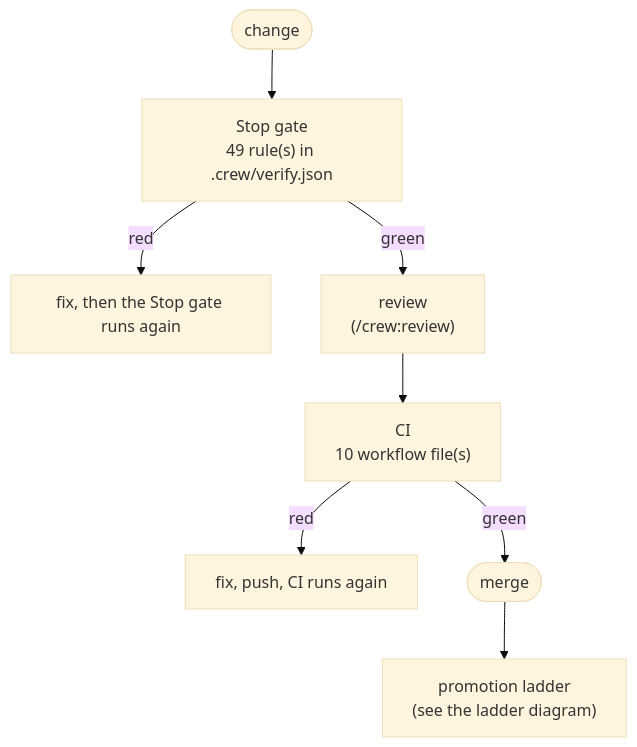
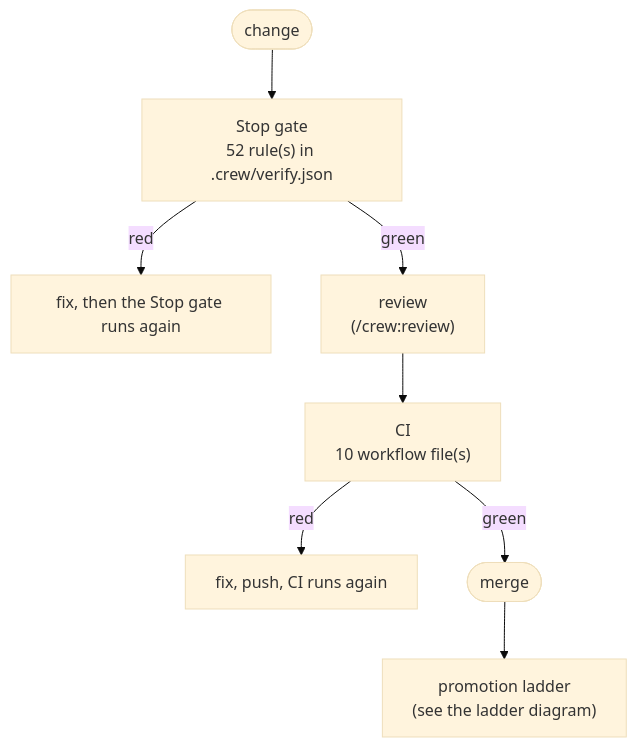
The diagram in docs/diagrams/process-qa-gates.mmd (mbadali25/useful-claude-add-ons), drawn with Mermaid (base theme) before and after one commit. The commit also changed 23 other files, not shown here.

First line of the commit message:
T-0041: refresh code maps, diagrams, QA page and rules

```diff
--- a/docs/diagrams/process-qa-gates.mmd
+++ b/docs/diagrams/process-qa-gates.mmd
@@ -1,12 +1,12 @@
-%% anchor: useful-claude-add-ons@c5fd58de
+%% anchor: useful-claude-add-ons@69de978c
 %% Anchors: .crew/verify.json, .github/workflows/instruction-budgets.yml, .github/workflows/marketplace.yml, .github/workflows/mcp-servers.yml, .github/workflows/plugin-evals.yml, .github/workflows/publish-mcp-servers.yml, .github/workflows/pylint.yml, .github/workflows/pytest-crew.yml, .github/workflows/runner-autostart.yml, .github/workflows/shell-suites.yml, .github/workflows/verify-gate.yml
-%% generated by crew qa_doc.py on 2026-10-03. Verify before trusting.
+%% generated by crew qa_doc.py on 2026-10-04. Verify before trusting.
 flowchart TD
-  edit(["change"]) --> stop["Stop gate<br/>49 rule(s) in .crew/verify.json"]
+  edit(["change"]) --> stop["Stop gate<br/>52 rule(s) in .crew/verify.json"]
   stop -->|red| fix1["fix, then the Stop gate runs again"]
   stop -->|green| review["review<br/>(/crew:review)"]
   review --> ci["CI<br/>10 workflow file(s)"]
   ci -->|red| fix2["fix, push, CI runs again"]
   ci -->|green| merge(["merge"])
   merge --> ladder["promotion ladder<br/>(see the ladder diagram)"]
   classDef gap stroke:#c0392b,stroke-width:2px,stroke-dasharray:4 3
```
